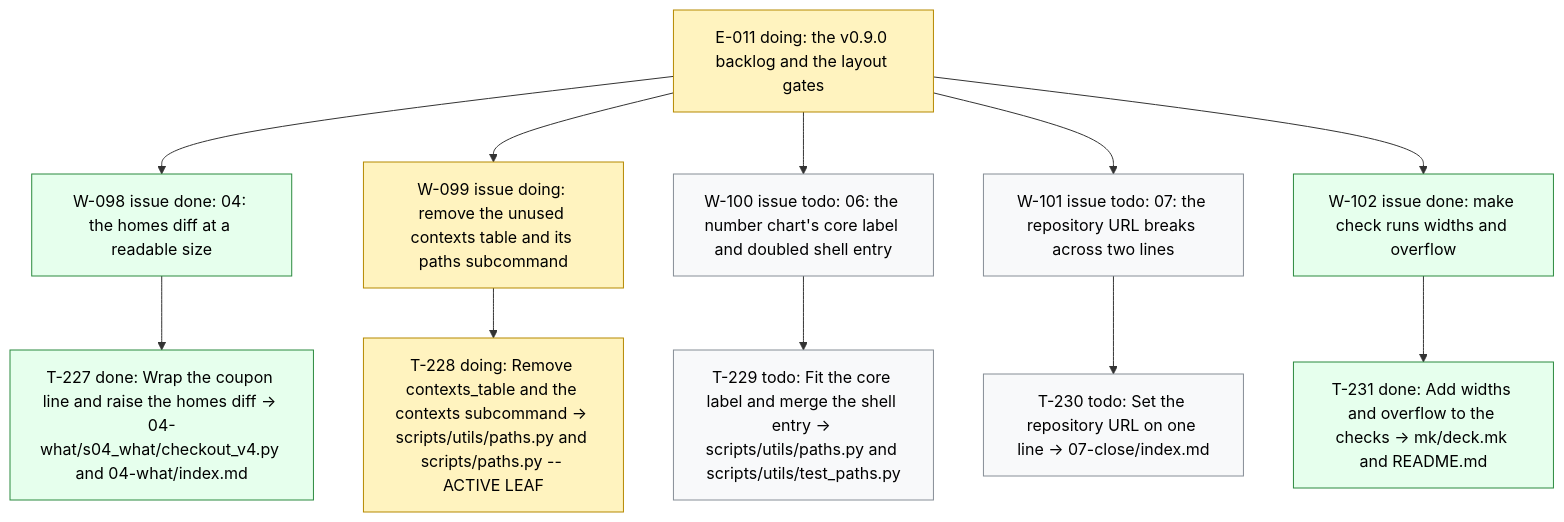
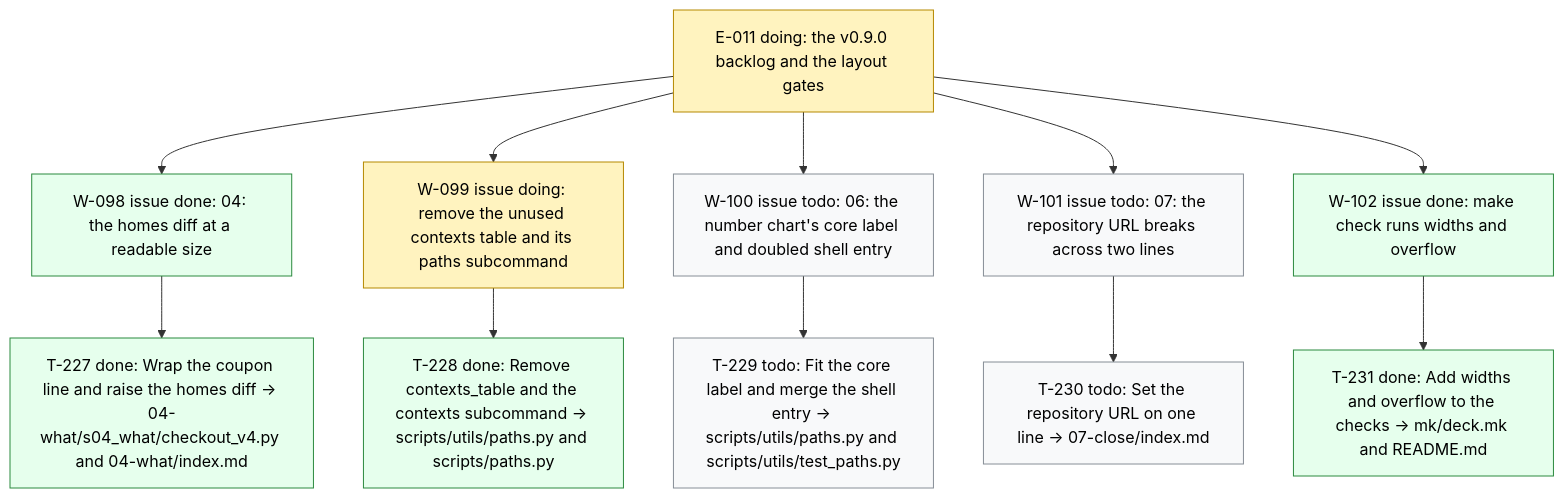
The diagram in .board/BOARD.md (dpopchev/chaos-to-simple), drawn with Mermaid before and after one commit. The commit also changed other lines of this file and 1 other file, not shown here.

Commit message:
chore(board): close T-228 -- W-099 ready to land
Refs: W-099 T-228

````diff
--- a/.board/BOARD.md
+++ b/.board/BOARD.md
@@ -594,22 +594,22 @@
 ```mermaid
 flowchart TD
   E011["E-011 doing: the v0.9.0 backlog and the layout gates"]
   E011 --> W098["W-098 issue done: 04: the homes diff at a readable size"]
   W098 --> T227["T-227 done: Wrap the coupon line and raise the homes diff -> 04-what/s04_what/checkout_v4.py and 04-what/index.md"]
   E011 --> W099["W-099 issue doing: remove the unused contexts table and its paths subcommand"]
-  W099 --> T228["T-228 doing: Remove contexts_table and the contexts subcommand -> scripts/utils/paths.py and scripts/paths.py -- ACTIVE LEAF"]
+  W099 --> T228["T-228 done: Remove contexts_table and the contexts subcommand -> scripts/utils/paths.py and scripts/paths.py"]
   E011 --> W100["W-100 issue todo: 06: the number chart's core label and doubled shell entry"]
   W100 --> T229["T-229 todo: Fit the core label and merge the shell entry -> scripts/utils/paths.py and scripts/utils/test_paths.py"]
   E011 --> W101["W-101 issue todo: 07: the repository URL breaks across two lines"]
   W101 --> T230["T-230 todo: Set the repository URL on one line -> 07-close/index.md"]
   E011 --> W102["W-102 issue done: make check runs widths and overflow"]
   W102 --> T231["T-231 done: Add widths and overflow to the checks -> mk/deck.mk and README.md"]
   classDef doing fill:#fff3bf,stroke:#b58900,color:#000;
   classDef blocked fill:#ffe3e3,stroke:#c92a2a,color:#000;
   classDef done fill:#e6ffed,stroke:#2b8a3e,color:#000;
   classDef todo fill:#f8f9fa,stroke:#868e96,color:#000;
   classDef pruned fill:#f1f3f5,stroke:#adb5bd,color:#000;
-  class E011,W099,T228 doing
-  class W098,T227,W102,T231 done
+  class E011,W099 doing
+  class W098,T227,T228,W102,T231 done
   class W100,T229,W101,T230 todo
 ```
````
